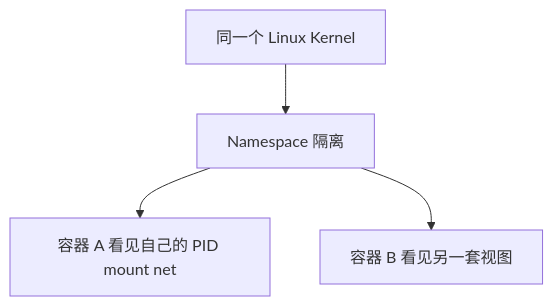
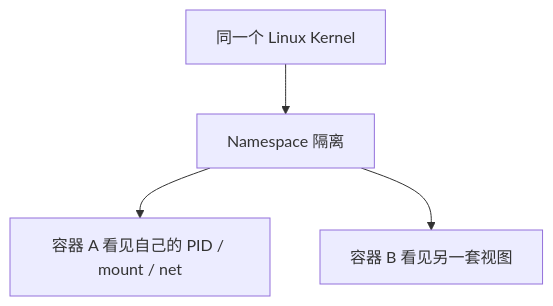
Before and after one commit to OpticalNetworkTerminal/ont-device-knownledge-base: the diagram in docs/02-Fundamentals/LinuxRuntime/Namespace.md, drawn with Mermaid. The commit also changed other lines of this file and 118 other files, not shown here.

````diff
--- a/docs/02-Fundamentals/LinuxRuntime/Namespace.md
+++ b/docs/02-Fundamentals/LinuxRuntime/Namespace.md
@@ -17,6 +25,6 @@
 ```mermaid
 flowchart TD
     A[同一个 Linux Kernel] --> B[Namespace 隔离]
-    B --> C[容器 A 看见自己的 PID mount net]
+    B --> C[容器 A 看见自己的 PID / mount / net]
     B --> D[容器 B 看见另一套视图]
 ```
````
